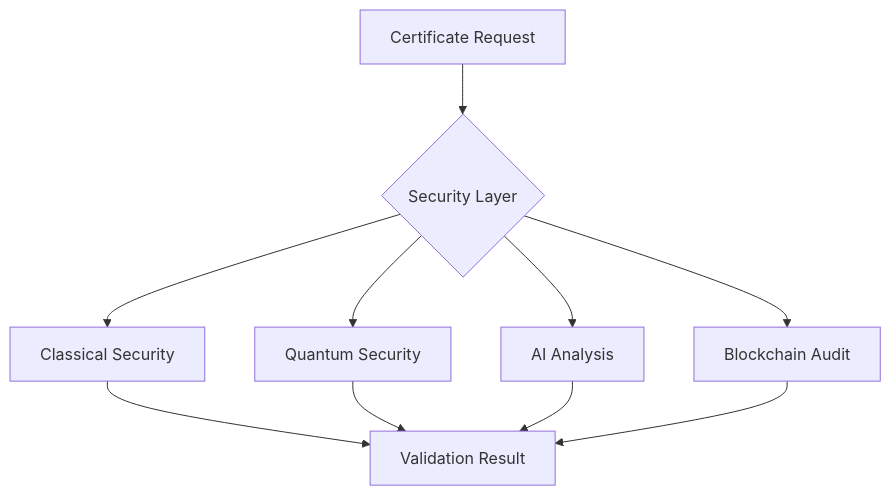
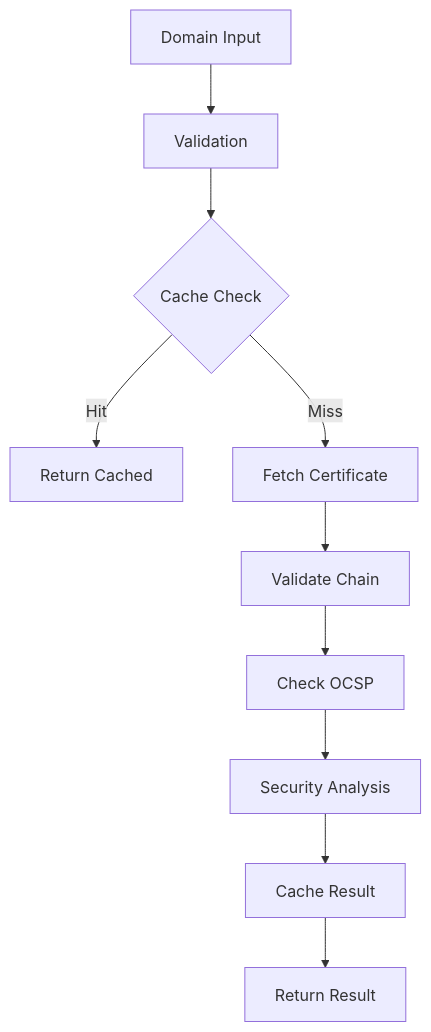
Before and after one commit to nabz0r/universal-ssl-validator: the diagram in docs/TECHNICAL.md, drawn with Mermaid. The commit also changed other lines of this file, not shown here.

````diff
--- a/docs/TECHNICAL.md
+++ b/docs/TECHNICAL.md
@@ -55,13 +9,12 @@
 ```mermaid
-graph TD
-    A[Certificate Request] --> B{Security Layer}
-    B --> C[Classical Security]
-    B --> D[Quantum Security]
-    B --> E[AI Analysis]
-    B --> F[Blockchain Audit]
-
-    C --> G[Validation Result]
-    D --> G
-    E --> G
-    F --> G
+flowchart TD
+    A[Domain Input] --> B[Validation]
+    B --> C{Cache Check}
+    C -->|Hit| D[Return Cached]
+    C -->|Miss| E[Fetch Certificate]
+    E --> F[Validate Chain]
+    F --> G[Check OCSP]
+    G --> H[Security Analysis]
+    H --> I[Cache Result]
+    I --> J[Return Result]
 ```
````
